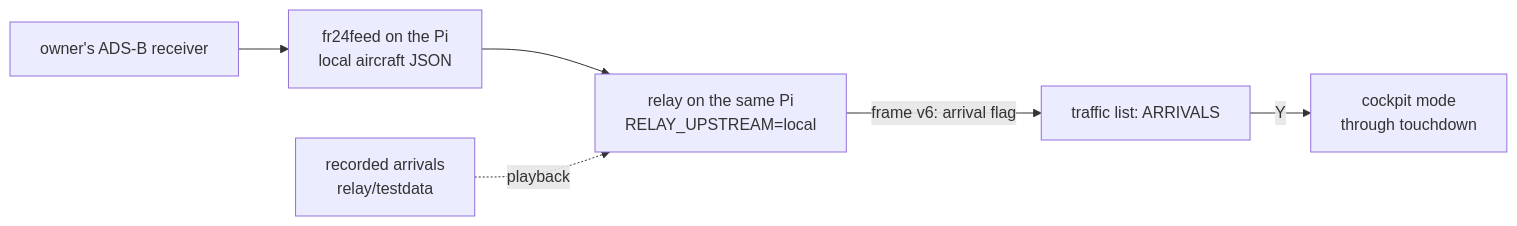
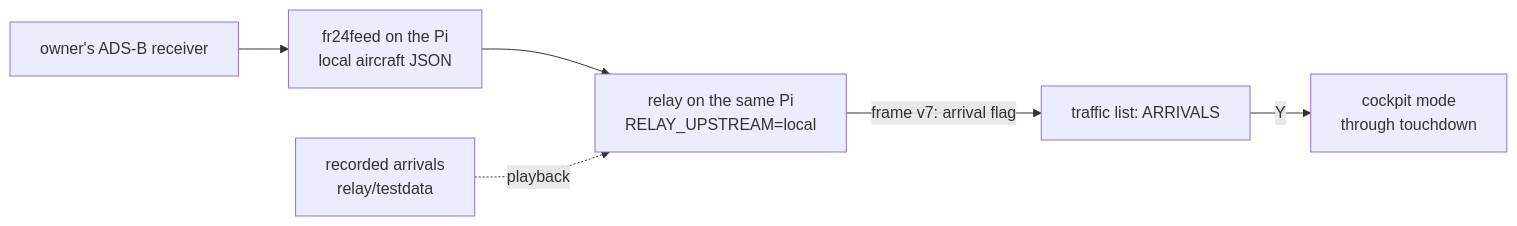
The diagram in lode/plans/watch-arrivals.md (jfryman/mega-wifi-radar), drawn with Mermaid before and after one commit. The commit also changed other lines of this file and 69 other files, not shown here.

````diff
--- a/lode/plans/watch-arrivals.md
+++ b/lode/plans/watch-arrivals.md
@@ -10,7 +10,7 @@
 ```mermaid
 flowchart LR
   ANT[owner's ADS-B receiver] --> FR[fr24feed on the Pi<br/>local aircraft JSON] --> R[relay on the same Pi<br/>RELAY_UPSTREAM=local]
-  R -->|frame v6: arrival flag| L[traffic list: ARRIVALS]
+  R -->|frame v7: arrival flag| L[traffic list: ARRIVALS]
   L -->|Y| C[cockpit mode<br/>through touchdown]
   REC[recorded arrivals<br/>relay/testdata] -.->|playback| R
 ```
````
